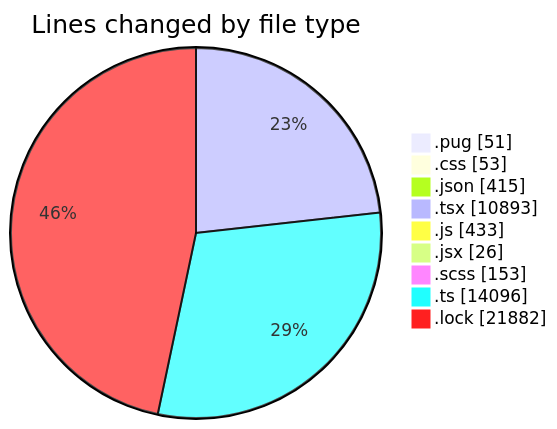
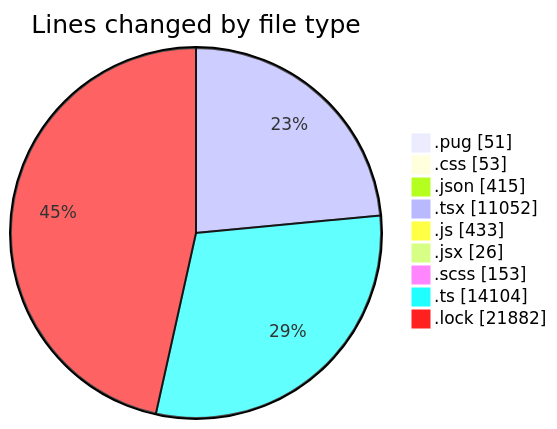
Before and after one commit to momahboobian/code-tracking: the first of 2 diagrams in 2025-11-06/cda/README.md, drawn with Mermaid. The commit also changed other lines of this file and 1 other file, not shown here.

````diff
--- a/2025-11-06/cda/README.md
+++ b/2025-11-06/cda/README.md
@@ -52,13 +52,13 @@
 ```mermaid
 pie showData
 title Lines changed by file type
 ".pug" : 51
 ".css" : 53
 ".json" : 415
-".tsx" : 10893
+".tsx" : 11052
 ".js" : 433
 ".jsx" : 26
 ".scss" : 153
-".ts" : 14096
+".ts" : 14104
 ".lock" : 21882
 ```
````
